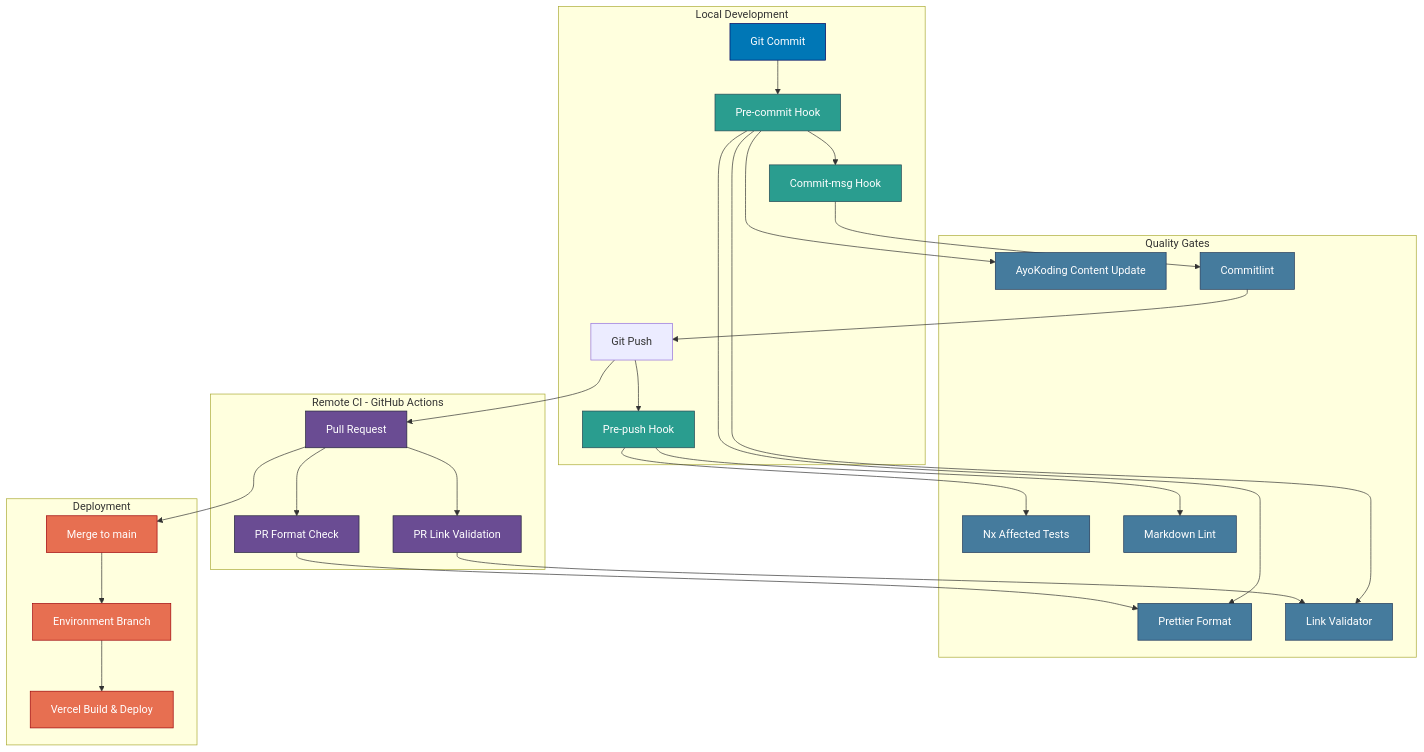
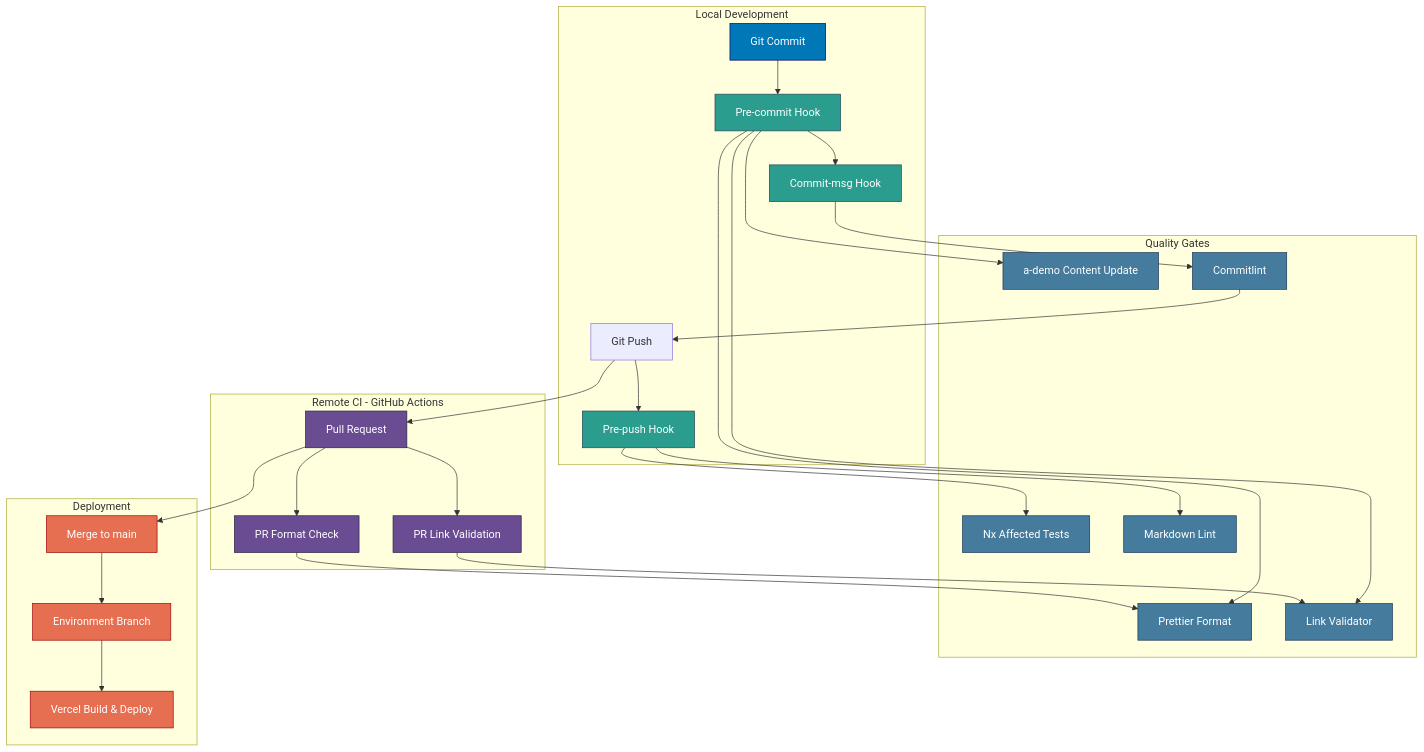
The first of 2 diagrams in docs/reference/system-architecture/ci-cd.md (wahidyankf/ose-primer), drawn with Mermaid before and after one commit. The commit also changed other lines of this file and 397 other files, not shown here.

````diff
--- a/docs/reference/system-architecture/ci-cd.md
+++ b/docs/reference/system-architecture/ci-cd.md
@@ -22,72 +22,72 @@
 ```mermaid
 graph TB
     subgraph "Local Development"
         COMMIT[Git Commit]
         PRE_COMMIT[Pre-commit Hook]
         COMMIT_MSG[Commit-msg Hook]
         PUSH[Git Push]
         PRE_PUSH[Pre-push Hook]
     end
 
     subgraph "Remote CI - GitHub Actions"
         PR[Pull Request]
         FORMAT[PR Format Check]
         LINKS[PR Link Validation]
     end
 
     subgraph "Quality Gates"
         PRETTIER[Prettier Format]
-        AYOKODING[AyoKoding Content Update]
+        AYOKODING[a-demo Content Update]
         LINK_VAL[Link Validator]
         COMMITLINT[Commitlint]
         TEST_QUICK[Nx Affected Tests]
         MD_LINT[Markdown Lint]
     end
 
     subgraph "Deployment"
         MERGE[Merge to main]
         ENV_BRANCH[Environment Branch]
         VERCEL[Vercel Build & Deploy]
     end
 
     COMMIT --> PRE_COMMIT
     PRE_COMMIT --> AYOKODING
     PRE_COMMIT --> PRETTIER
     PRE_COMMIT --> LINK_VAL
     PRE_COMMIT --> COMMIT_MSG
 
     COMMIT_MSG --> COMMITLINT
     COMMITLINT --> PUSH
 
     PUSH --> PRE_PUSH
     PRE_PUSH --> TEST_QUICK
     PRE_PUSH --> MD_LINT
 
     PUSH --> PR
     PR --> FORMAT
     PR --> LINKS
 
     FORMAT --> PRETTIER
     LINKS --> LINK_VAL
 
     PR --> MERGE
     MERGE --> ENV_BRANCH
     ENV_BRANCH --> VERCEL
 
     style COMMIT fill:#0077b6,stroke:#03045e,color:#ffffff
     style PRE_COMMIT fill:#2a9d8f,stroke:#264653,color:#ffffff
     style COMMIT_MSG fill:#2a9d8f,stroke:#264653,color:#ffffff
     style PRE_PUSH fill:#2a9d8f,stroke:#264653,color:#ffffff
     style PR fill:#6a4c93,stroke:#22223b,color:#ffffff
     style FORMAT fill:#6a4c93,stroke:#22223b,color:#ffffff
     style LINKS fill:#6a4c93,stroke:#22223b,color:#ffffff
     style PRETTIER fill:#457b9d,stroke:#1d3557,color:#ffffff
     style AYOKODING fill:#457b9d,stroke:#1d3557,color:#ffffff
     style LINK_VAL fill:#457b9d,stroke:#1d3557,color:#ffffff
     style COMMITLINT fill:#457b9d,stroke:#1d3557,color:#ffffff
     style TEST_QUICK fill:#457b9d,stroke:#1d3557,color:#ffffff
     style MD_LINT fill:#457b9d,stroke:#1d3557,color:#ffffff
     style MERGE fill:#e76f51,stroke:#9d0208,color:#ffffff
     style ENV_BRANCH fill:#e76f51,stroke:#9d0208,color:#ffffff
     style VERCEL fill:#e76f51,stroke:#9d0208,color:#ffffff
 ```
````
